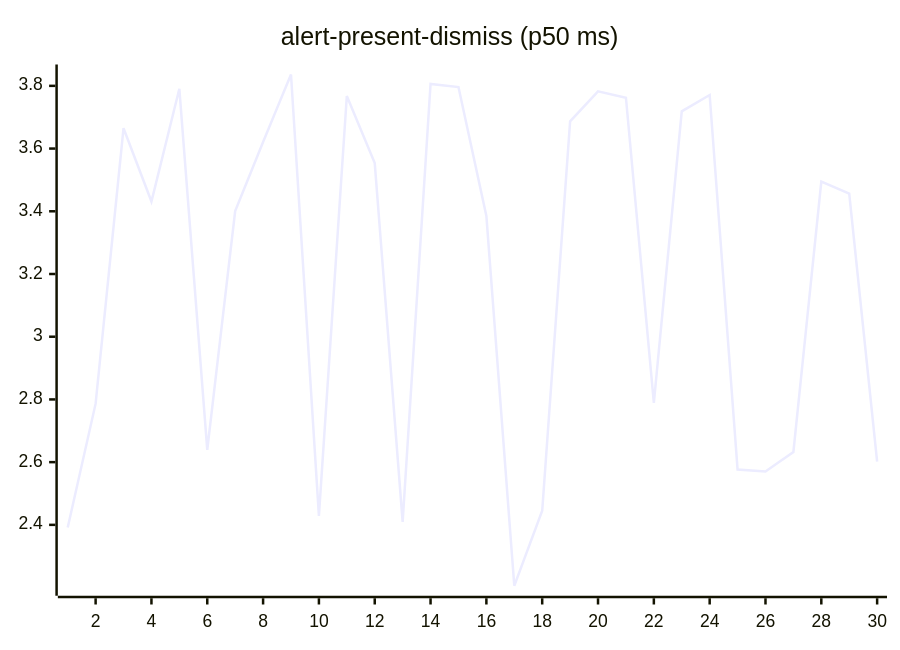
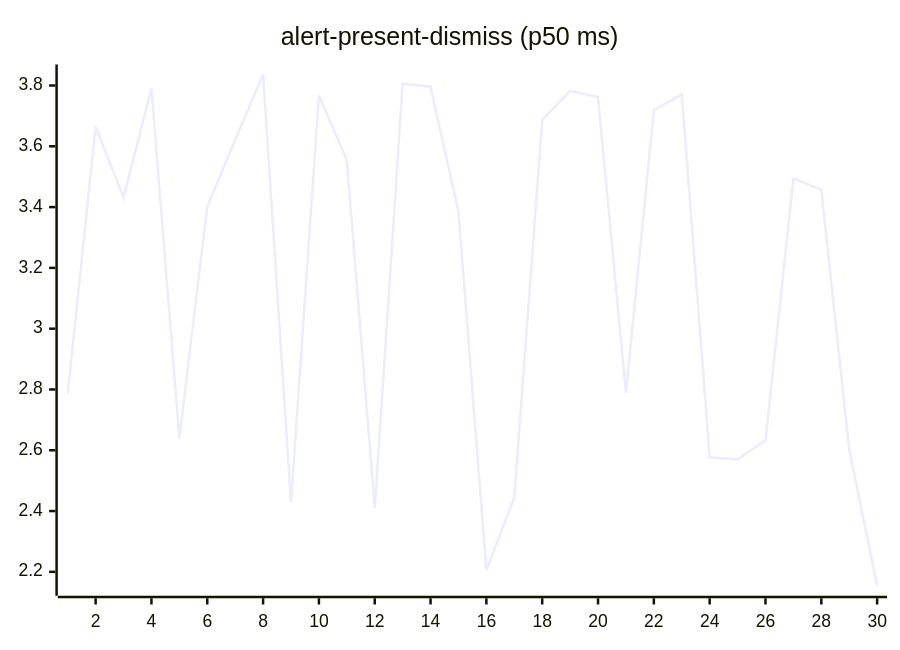
The second of 27 diagrams in README.md (josha/Facet), drawn with Mermaid before and after one commit. The commit also changed other lines of this file and 2 other files, not shown here.

````diff
--- a/README.md
+++ b/README.md
@@ -70,6 +70,6 @@
 ```mermaid
 xychart-beta
     title "alert-present-dismiss (p50 ms)"
     x-axis 1 --> 30
-    line [2.3918, 2.7865, 3.6648, 3.4312, 3.7906, 2.6392, 3.4008, 3.6212, 3.8362, 2.4288, 3.7676, 3.5538, 2.4095, 3.8060, 3.7961, 3.3851, 2.2058, 2.4450, 3.6869, 3.7826, 3.7621, 2.7891, 3.7187, 3.7708, 2.5766, 2.5704, 2.6324, 3.4949, 3.4566, 2.6019]
+    line [2.7865, 3.6648, 3.4312, 3.7906, 2.6392, 3.4008, 3.6212, 3.8362, 2.4288, 3.7676, 3.5538, 2.4095, 3.8060, 3.7961, 3.3851, 2.2058, 2.4450, 3.6869, 3.7826, 3.7621, 2.7891, 3.7187, 3.7708, 2.5766, 2.5704, 2.6324, 3.4949, 3.4566, 2.6019, 2.1543]
 ```
````
